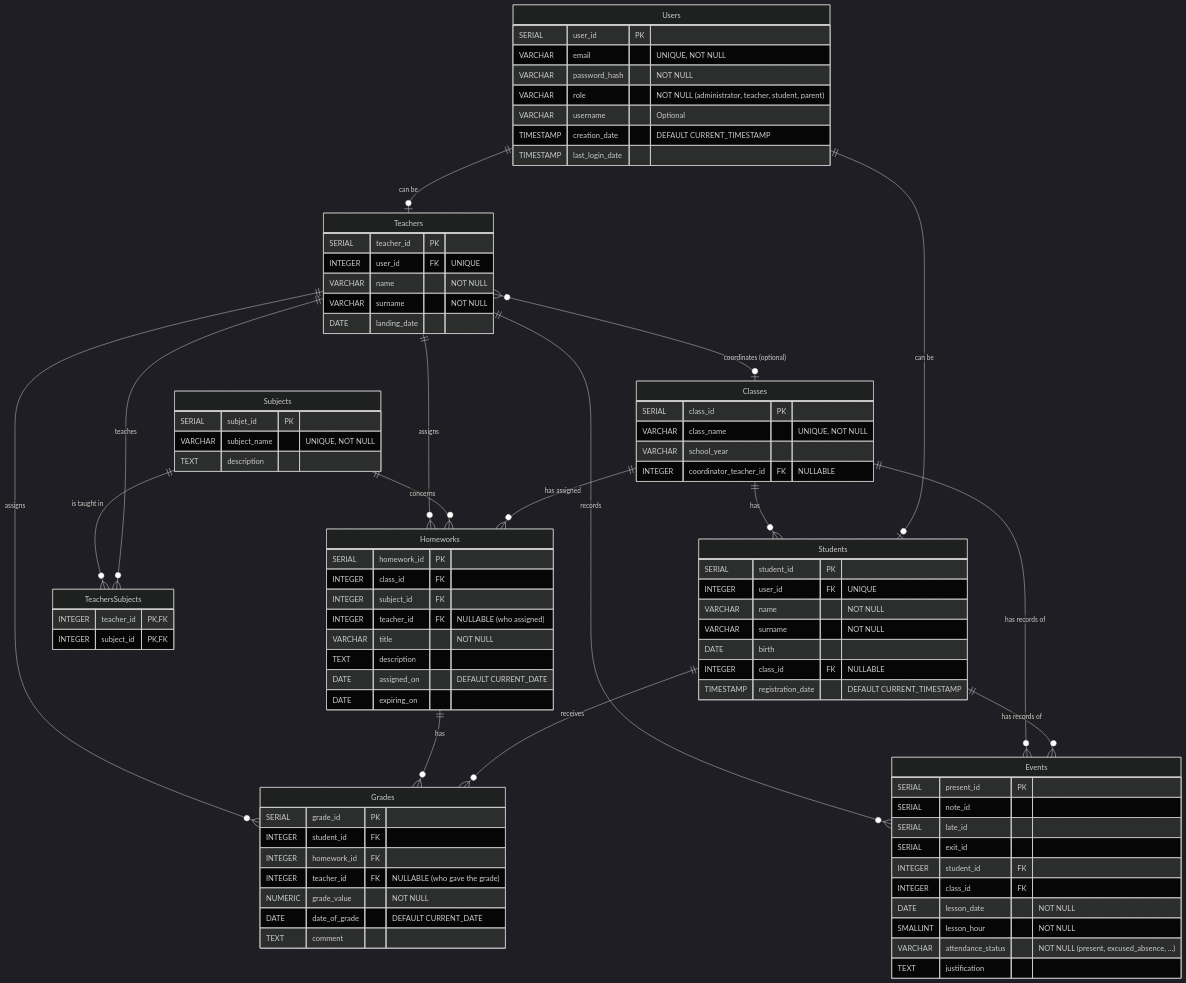
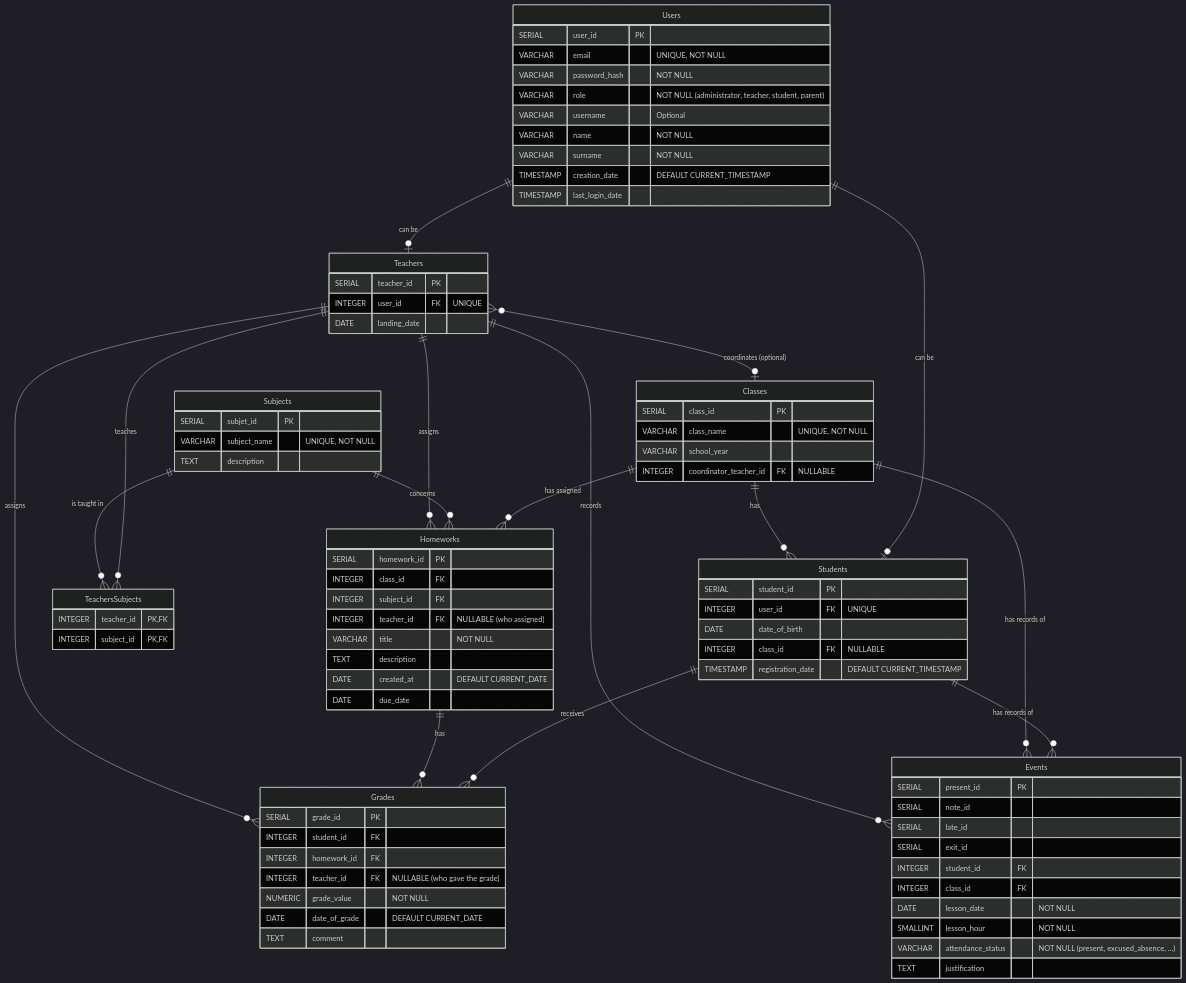
The diagram in docs/database_view_er.md (lucafacchini0/best-electronic-register), drawn with Mermaid (dark theme) before and after one commit. The commit also changed 27 other files, not shown here.

Commit message:
db: initialize schemas: frontend: init

```diff
--- a/docs/database_view_er.md
+++ b/docs/database_view_er.md
@@ -6,6 +6,8 @@
             VARCHAR password_hash "NOT NULL"
             VARCHAR role "NOT NULL (administrator, teacher, student, parent)"
             VARCHAR username "Optional"
+            VARCHAR name "NOT NULL"
+            VARCHAR surname "NOT NULL"
             TIMESTAMP creation_date "DEFAULT CURRENT_TIMESTAMP"
             TIMESTAMP last_login_date
         }
@@ -13,9 +15,7 @@
         Students {
             SERIAL student_id PK
             INTEGER user_id FK "UNIQUE"
-            VARCHAR name "NOT NULL"
-            VARCHAR surname "NOT NULL"
-            DATE birth
+            DATE date_of_birth
             INTEGER class_id FK "NULLABLE"
             TIMESTAMP registration_date "DEFAULT CURRENT_TIMESTAMP"
         }
@@ -23,8 +23,6 @@
         Teachers {
             SERIAL teacher_id PK
             INTEGER user_id FK "UNIQUE"
-            VARCHAR name "NOT NULL"
-            VARCHAR surname "NOT NULL"
             DATE landing_date
         }
 
@@ -53,8 +51,8 @@
             INTEGER teacher_id FK "NULLABLE (who assigned)"
             VARCHAR title "NOT NULL"
             TEXT description
-            DATE assigned_on "DEFAULT CURRENT_DATE"
-            DATE expiring_on
+            DATE created_at "DEFAULT CURRENT_DATE"
+            DATE due_date
         }
 
         Grades {
```
